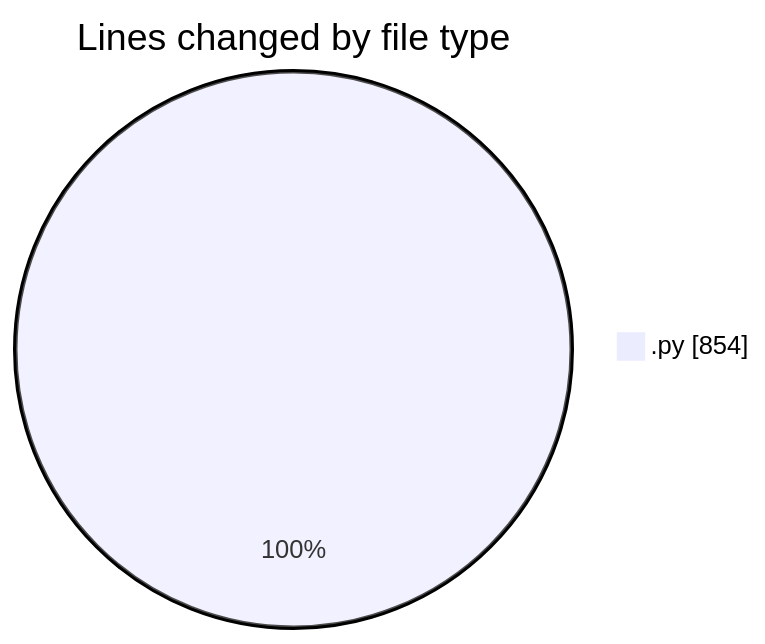
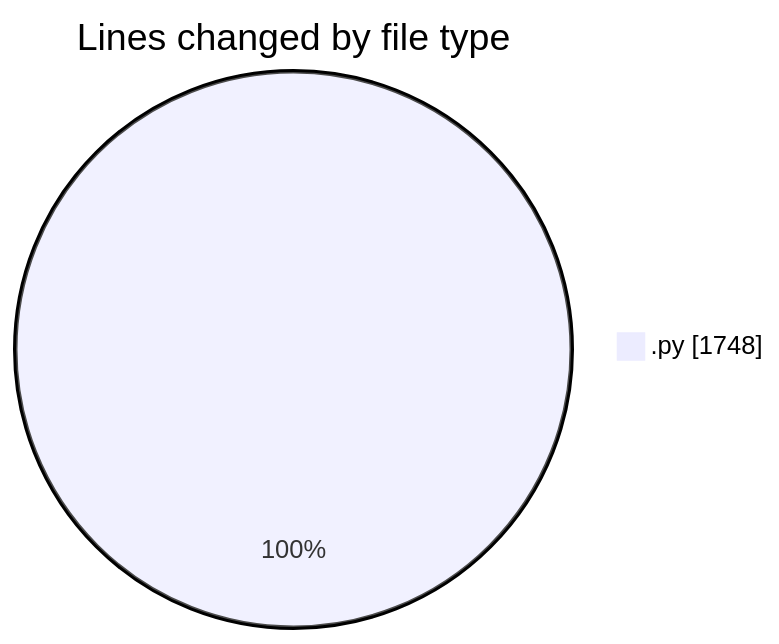
The first of 2 diagrams in 2025-05-26/zip_file/README.md (Ritupan-Deka/code-tracking), drawn with Mermaid before and after one commit. The commit also changed other lines of this file and 1 other file, not shown here.

````diff
--- a/2025-05-26/zip_file/README.md
+++ b/2025-05-26/zip_file/README.md
@@ -21,5 +23,5 @@
 ```mermaid
 pie showData
 title Lines changed by file type
-".py" : 854
+".py" : 1748
 ```
````
